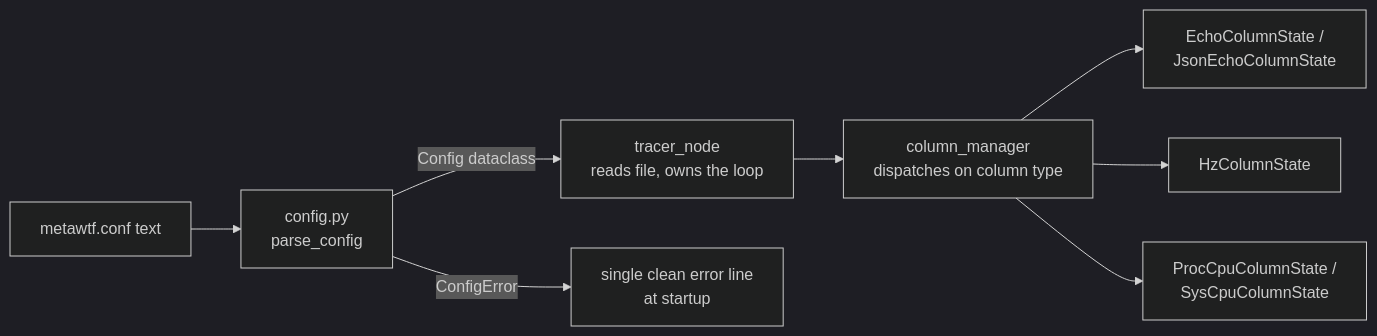
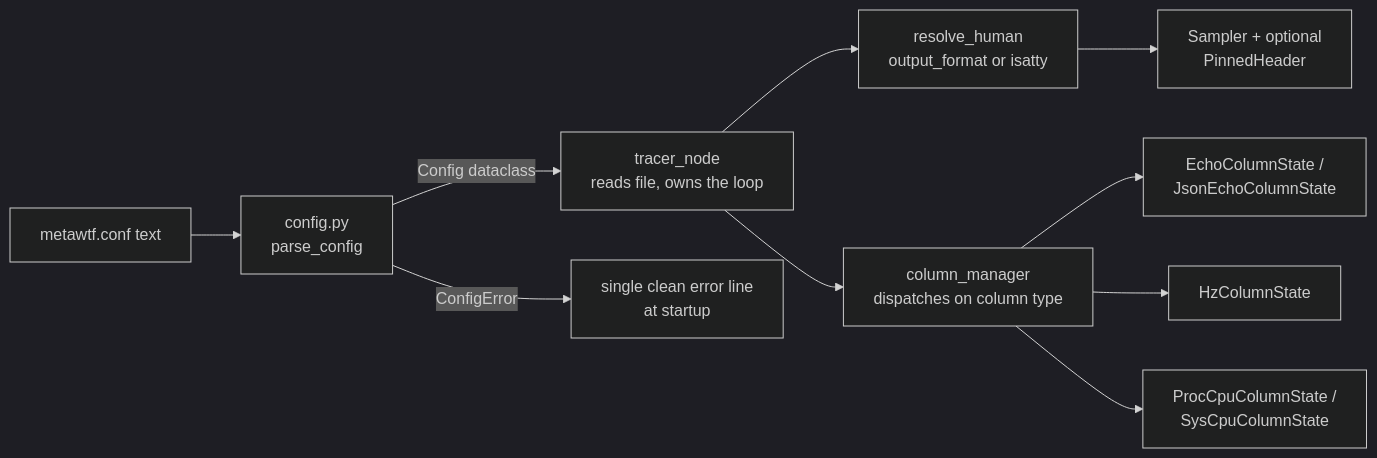
One commit to Boston-Robot-Hackers/metawtf changed the diagram in 01-literate/01-config.md. Above: the diagram before and after it, drawn with Mermaid (dark theme). The commit also changed other lines of this file and 21 other files, not shown here.

First line of the commit message:
F07: human/csv output formats with pinned terminal header

````diff
--- a/01-literate/01-config.md
+++ b/01-literate/01-config.md
@@ -27,10 +27,12 @@
 ```mermaid
 flowchart LR
     A[metawtf.conf text] --> B[config.py<br/>parse_config]
     B -->|Config dataclass| C[tracer_node<br/>reads file, owns the loop]
+    C --> C1[resolve_human<br/>output_format or isatty]
+    C1 --> S[Sampler + optional<br/>PinnedHeader]
     C --> D[column_manager<br/>dispatches on column type]
     D --> E1[EchoColumnState /<br/>JsonEchoColumnState]
     D --> E2[HzColumnState]
     D --> E3[ProcCpuColumnState /<br/>SysCpuColumnState]
     B -->|ConfigError| C2[single clean error line<br/>at startup]
 ```
````
